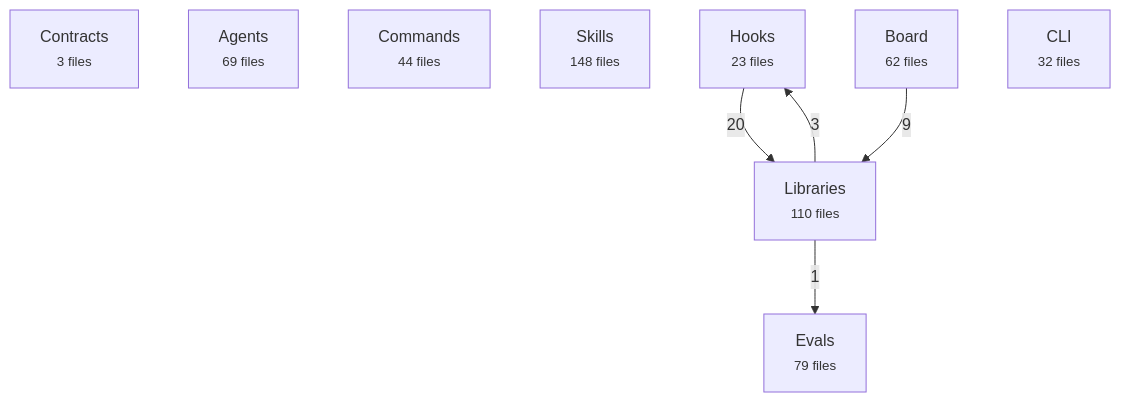
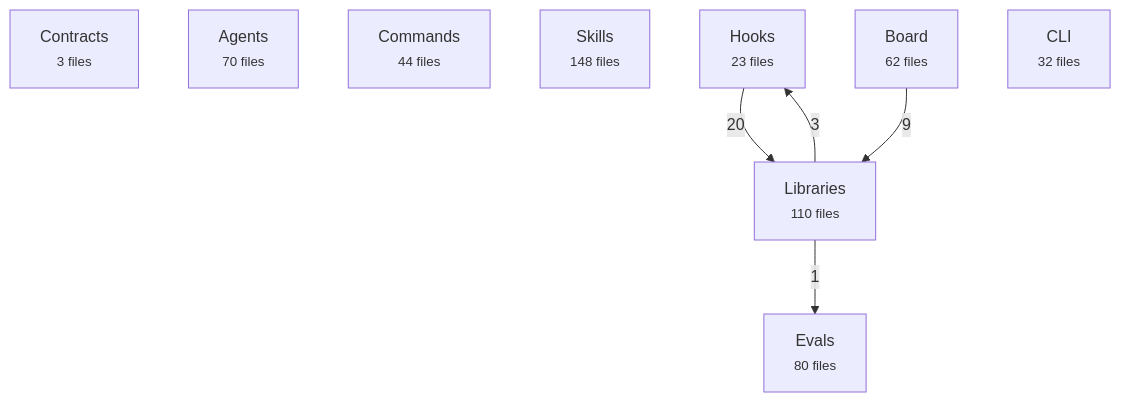
The first of 2 diagrams in docs/reference/architecture-map.md (avelikiy/great_cto), drawn with Mermaid before and after one commit. The commit also changed other lines of this file and 5 other files, not shown here.

````diff
--- a/docs/reference/architecture-map.md
+++ b/docs/reference/architecture-map.md
@@ -20,16 +20,16 @@
 ```mermaid
 flowchart TD
   contracts["Contracts<br/><small>3 files</small>"]
-  agents["Agents<br/><small>69 files</small>"]
+  agents["Agents<br/><small>70 files</small>"]
   commands["Commands<br/><small>44 files</small>"]
   skills["Skills<br/><small>148 files</small>"]
   hooks["Hooks<br/><small>23 files</small>"]
   libs["Libraries<br/><small>110 files</small>"]
   board["Board<br/><small>62 files</small>"]
   cli["CLI<br/><small>32 files</small>"]
-  evals["Evals<br/><small>79 files</small>"]
+  evals["Evals<br/><small>80 files</small>"]
   hooks -->|20| libs
   board -->|9| libs
   libs -->|3| hooks
   libs -->|1| evals
 ```
````
